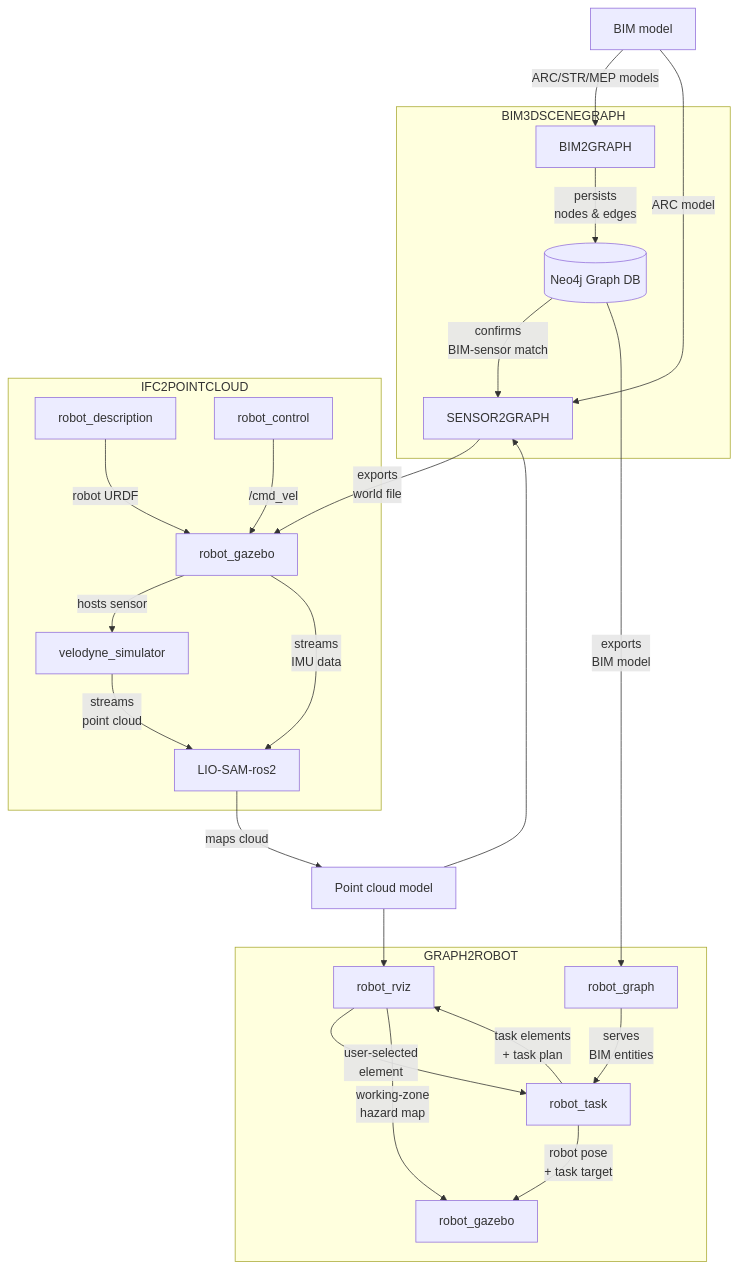
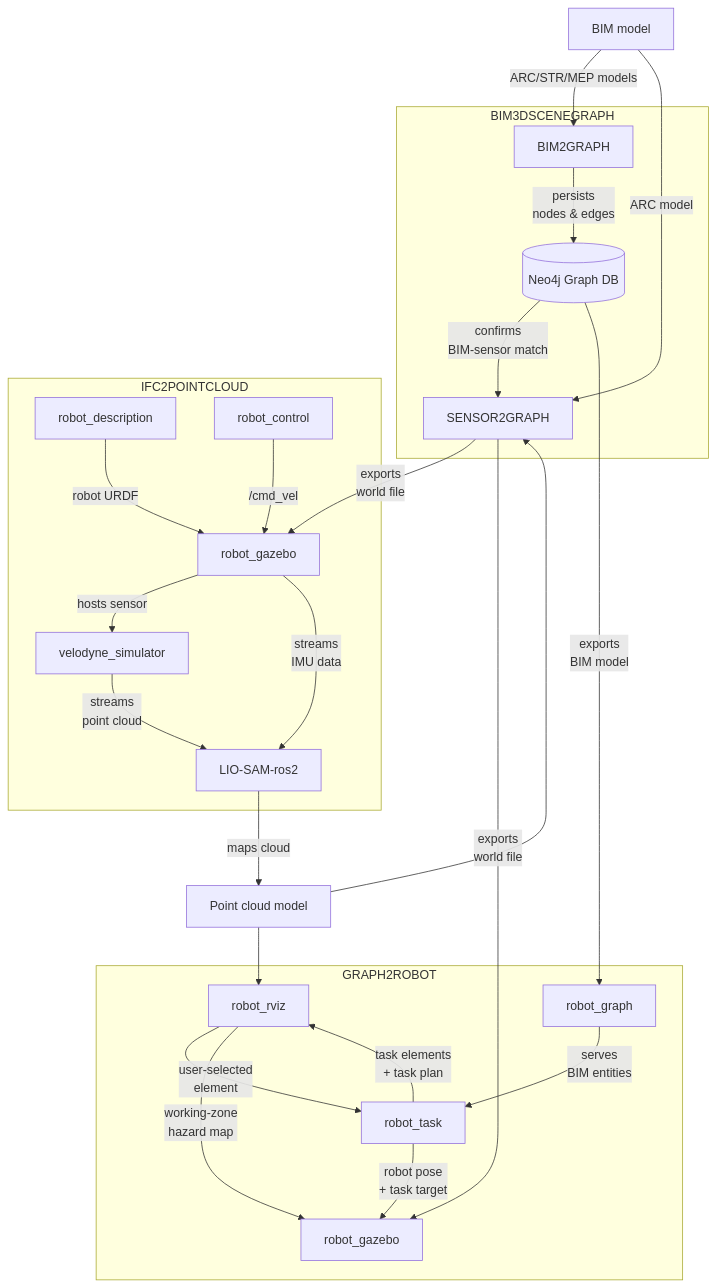
One commit to GunwoongBang/bim3dscenegraph changed the diagram in docs/project-architecture.md. Above: the diagram before and after it, drawn with Mermaid. The commit also changed 2 other files, not shown here.

Commit message:
minor doc updates

````diff
--- a/docs/project-architecture.md
+++ b/docs/project-architecture.md
@@ -1,49 +1,50 @@
 ```mermaid
 flowchart TB
     BIM["BIM model"]
 
     subgraph BIM3DSG["BIM3DSCENEGRAPH"]
         BIM2GRAPH
         SENSOR2GRAPH
         Neo4j[("Neo4j Graph DB")]
     end
     
     subgraph I2PC["IFC2POINTCLOUD"]
         GAZEBO1["robot_gazebo"]
         robot_description
         robot_control
         velodyne_simulator
         LIO-SAM-ros2
     end
 
     subgraph G2R["GRAPH2ROBOT"]
         robot_graph
         robot_task
         robot_rviz
         GAZEBO2["robot_gazebo"]
     end
 
     PCD["Point cloud model"]
 
     BIM --> |ARC/STR/MEP models| BIM2GRAPH
     BIM --> |ARC model| SENSOR2GRAPH
     BIM2GRAPH --> |persists </br>nodes & edges| Neo4j
     Neo4j --> |confirms </br>BIM-sensor match| SENSOR2GRAPH
 
     SENSOR2GRAPH --> |exports </br>world file| GAZEBO1
+    SENSOR2GRAPH --> |exports </br>world file| GAZEBO2
     robot_description --> |robot URDF| GAZEBO1
     robot_control --> |/cmd_vel| GAZEBO1
     GAZEBO1 --> |hosts sensor| velodyne_simulator
     GAZEBO1 --> |streams </br>IMU data| LIO-SAM-ros2
     velodyne_simulator --> |streams </br>point cloud| LIO-SAM-ros2
     LIO-SAM-ros2 --> |maps cloud| PCD
     PCD --> SENSOR2GRAPH
     PCD --> robot_rviz
 
     Neo4j --> |exports </br>BIM model| robot_graph
     robot_graph --> |serves </br>BIM entities| robot_task
     robot_task --> |task elements </br>+ task plan| robot_rviz
     robot_task --> |robot pose </br>+ task target| GAZEBO2
     robot_rviz --> |user-selected </br>element| robot_task
     robot_rviz --> |working-zone </br>hazard map| GAZEBO2
 ```
````
